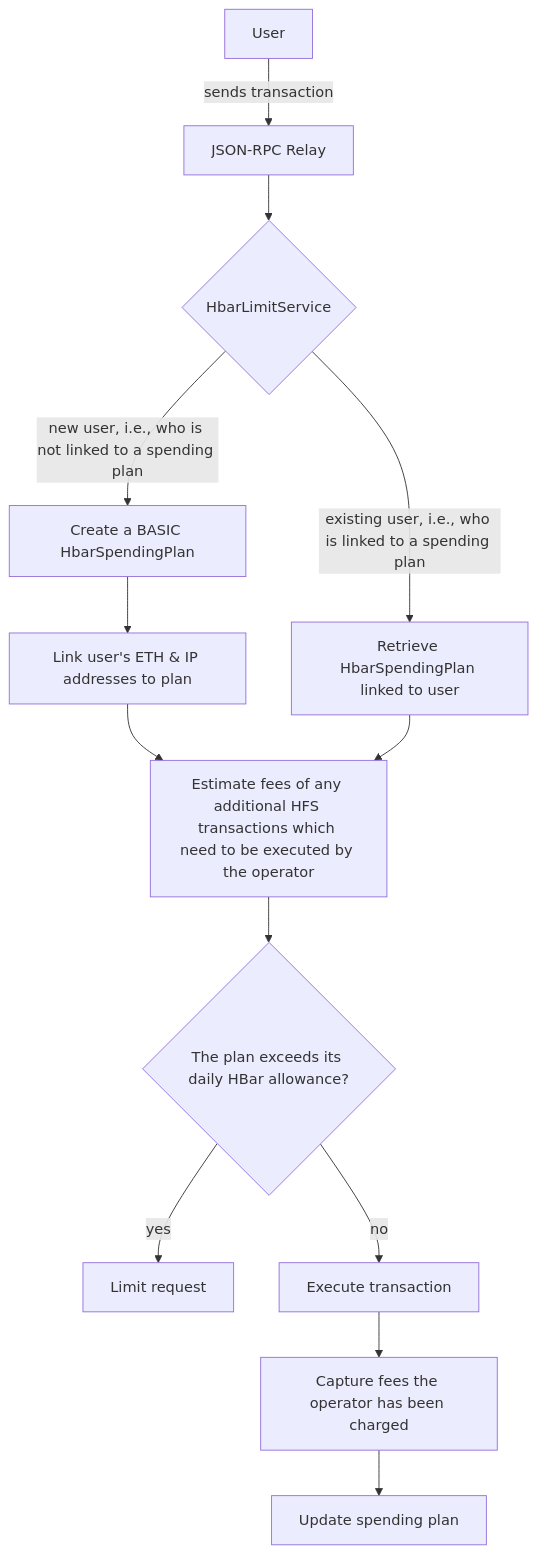
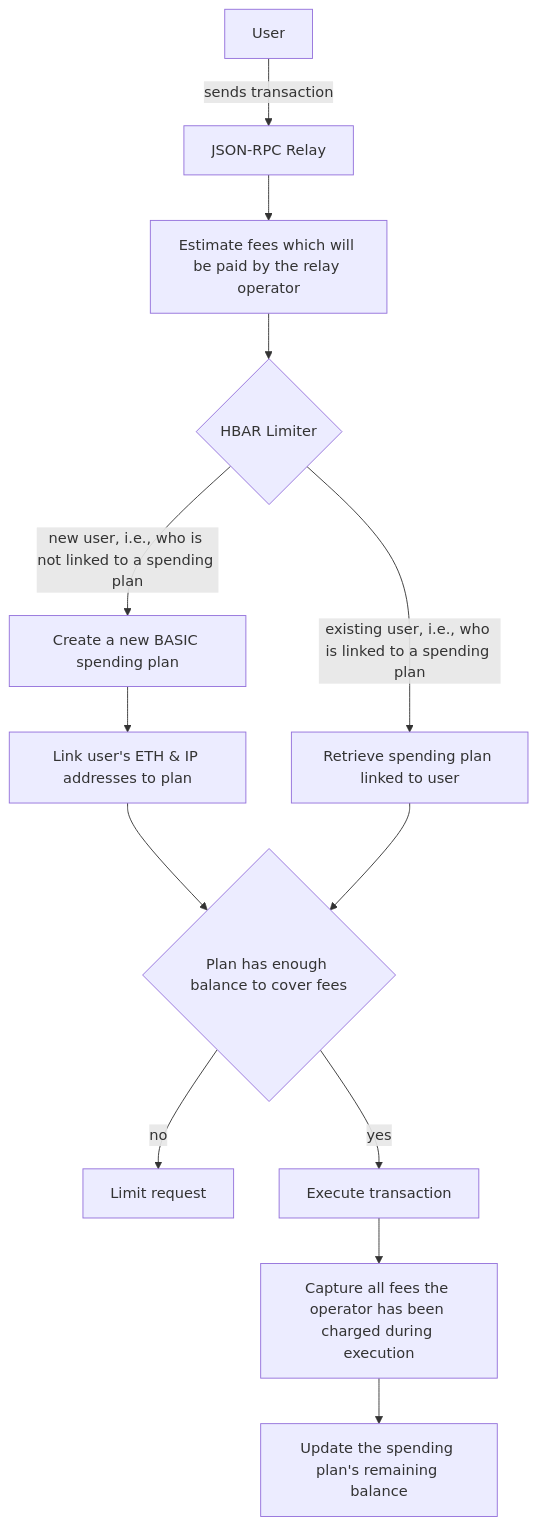
One commit to async-knightbgt7/hiero-json-rpc-relay changed the first of 4 diagrams in docs/design/hbar-limiter.md. Above: the diagram before and after it, drawn with Mermaid. The commit also changed other lines of this file and 21 other files, not shown here.

First line of the commit message:
refactor: configurations of `HbarLimitService` (#3014)

````diff
--- a/docs/design/hbar-limiter.md
+++ b/docs/design/hbar-limiter.md
@@ -80,15 +88,15 @@
 ```mermaid
 flowchart TD
     A[User] -->|sends transaction| B[JSON-RPC Relay]
-    B --> C{HbarLimitService}
-    C -->|new user, i.e., who is not linked to a spending plan| D[Create a BASIC HbarSpendingPlan]
-    D --> E[Link user's ETH & IP addresses to plan]
-    E --> F[Estimate fees of any additional HFS transactions which need to be executed by the operator]
-    C -->|existing user, i.e., who is linked to a spending plan| G[Retrieve HbarSpendingPlan linked to user]
-    G --> F
-    F --> H{The plan exceeds its daily HBar allowance?}
-    H --> |yes| I[Limit request]
-    H --> |no| J[Execute transaction]
-    J --> K[Capture fees the operator has been charged]
-    K --> L[Update spending plan]
+    B --> C[Estimate fees which will be paid by the relay operator]
+    C --> D{HBAR Limiter}
+    D -->|new user, i.e., who is not linked to a spending plan| E[Create a new BASIC spending plan]
+    E --> F[Link user's ETH & IP addresses to plan]
+    D -->|existing user, i.e., who is linked to a spending plan| G[Retrieve spending plan linked to user]
+    F --> H{Plan has enough balance to cover fees}
+    G --> H
+    H --> |no| I[Limit request]
+    H --> |yes| J[Execute transaction]
+    J --> K[Capture all fees the operator has been charged during execution]
+    K --> L[Update the spending plan's remaining balance]
 ```
````
